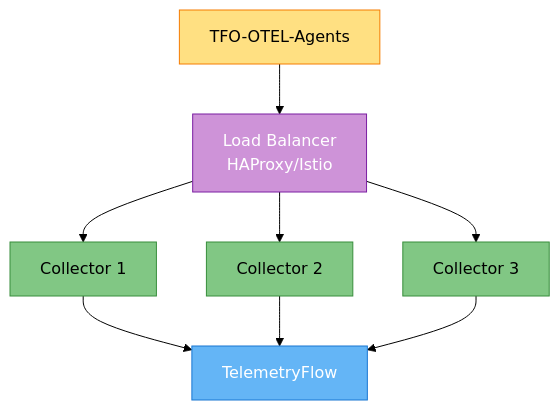
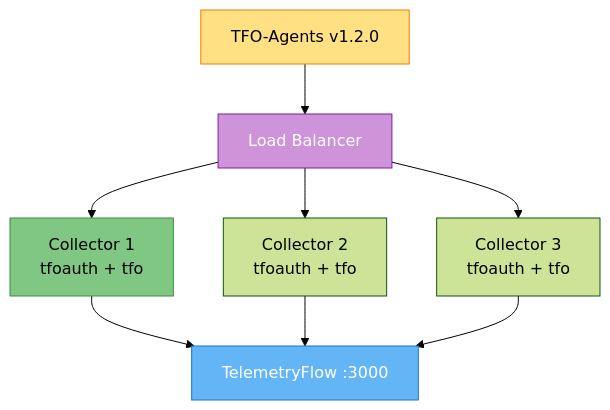
The fourth of 4 diagrams in tfo-otel/DEPLOYMENT.md (telemetryflow/telemetryflow-overview), drawn with Mermaid (forest theme) before and after one commit. The commit also changed other lines of this file and 68 other files, not shown here.

Commit message:
feat: TFO Overview Update, TFO Platform v1.4.0

````diff
--- a/tfo-otel/DEPLOYMENT.md
+++ b/tfo-otel/DEPLOYMENT.md
@@ -878,19 +521,17 @@
 ```mermaid
 graph TB
-    AGENTS[TFO-OTEL-Agents] --> LB[Load Balancer<br/>HAProxy/Istio]
+    AGENTS[TFO-Agents v1.2.0] --> LB[Load Balancer]
 
-    LB --> COLLECTOR1[Collector 1]
-    LB --> COLLECTOR2[Collector 2]
-    LB --> COLLECTOR3[Collector 3]
+    LB --> COLLECTOR1[Collector 1<br/>tfoauth + tfo]
+    LB --> COLLECTOR2[Collector 2<br/>tfoauth + tfo]
+    LB --> COLLECTOR3[Collector 3<br/>tfoauth + tfo]
 
-    COLLECTOR1 --> PLATFORM[TelemetryFlow]
+    COLLECTOR1 --> PLATFORM[TelemetryFlow :3000]
     COLLECTOR2 --> PLATFORM
     COLLECTOR3 --> PLATFORM
 
     style AGENTS fill:#FFE082,stroke:#F57C00,color:#000
     style LB fill:#CE93D8,stroke:#7B1FA2,color:#fff
     style COLLECTOR1 fill:#81C784,stroke:#388E3C,color:#000
-    style COLLECTOR2 fill:#81C784,stroke:#388E3C,color:#000
-    style COLLECTOR3 fill:#81C784,stroke:#388E3C,color:#000
     style PLATFORM fill:#64B5F6,stroke:#1976D2,color:#fff
 ```
````
